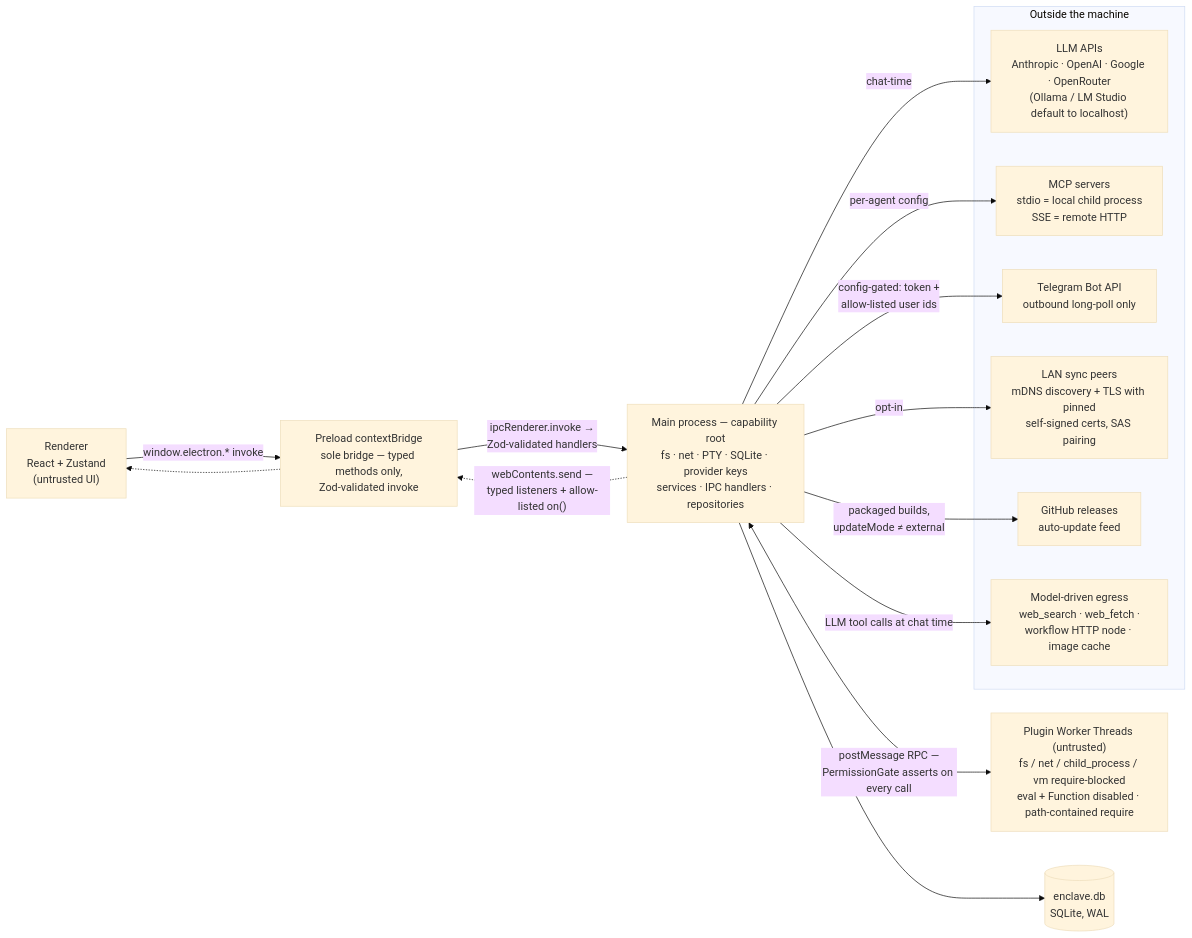
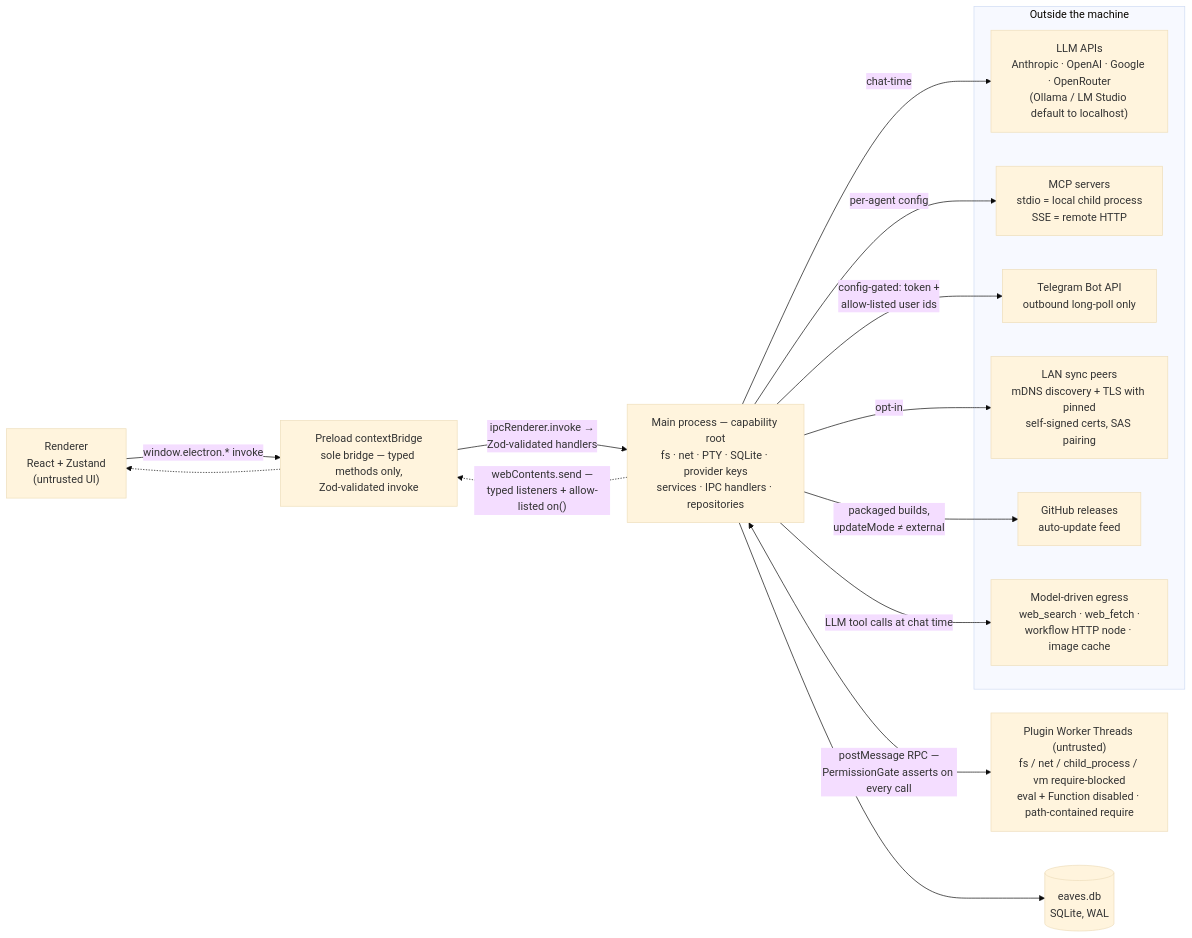
The first of 2 diagrams in docs/architecture/README.md (mackerson/eaves), drawn with Mermaid (base theme) before and after one commit. The commit also changed other lines of this file and 158 other files, not shown here.

First line of the commit message:
refactor: rename the project from Enclave to Eaves

````diff
--- a/docs/architecture/README.md
+++ b/docs/architecture/README.md
@@ -38,32 +38,32 @@
 ```mermaid
 flowchart LR
     Renderer["Renderer<br/>React + Zustand<br/>(untrusted UI)"]
     Preload["Preload contextBridge<br/>sole bridge — typed methods only,<br/>Zod-validated invoke"]
     Main["Main process — capability root<br/>fs · net · PTY · SQLite · provider keys<br/>services · IPC handlers · repositories"]
     Workers["Plugin Worker Threads (untrusted)<br/>fs / net / child_process / vm require-blocked<br/>eval + Function disabled · path-contained require"]
-    SQLite[("enclave.db<br/>SQLite, WAL")]
+    SQLite[("eaves.db<br/>SQLite, WAL")]
 
     subgraph External["Outside the machine"]
         LLM["LLM APIs<br/>Anthropic · OpenAI · Google · OpenRouter<br/>(Ollama / LM Studio default to localhost)"]
         MCPS["MCP servers<br/>stdio = local child process<br/>SSE = remote HTTP"]
         TG["Telegram Bot API<br/>outbound long-poll only"]
         Peers["LAN sync peers<br/>mDNS discovery + TLS with pinned<br/>self-signed certs, SAS pairing"]
         GH["GitHub releases<br/>auto-update feed"]
         Egress["Model-driven egress<br/>web_search · web_fetch ·<br/>workflow HTTP node · image cache"]
     end
 
     Renderer -->|"window.electron.* invoke"| Preload
     Preload -->|"ipcRenderer.invoke →<br/>Zod-validated handlers"| Main
     Main -.->|"webContents.send —<br/>typed listeners + allow-listed on()"| Preload
     Preload -.-> Renderer
 
     Main <-->|"postMessage RPC —<br/>PermissionGate asserts on every call"| Workers
     Main --> SQLite
 
     Main -->|chat-time| LLM
     Main -->|per-agent config| MCPS
     Main -->|"config-gated: token +<br/>allow-listed user ids"| TG
     Main -->|opt-in| Peers
     Main -->|"packaged builds,<br/>updateMode ≠ external"| GH
     Main -->|LLM tool calls at chat time| Egress
 ```
````
